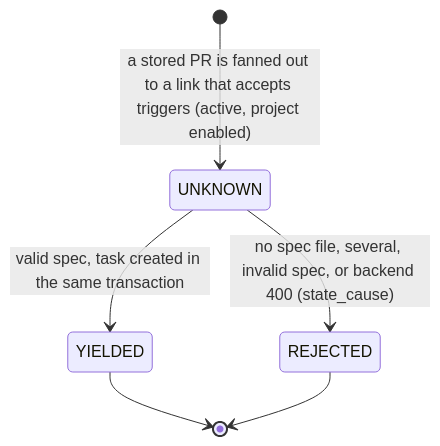
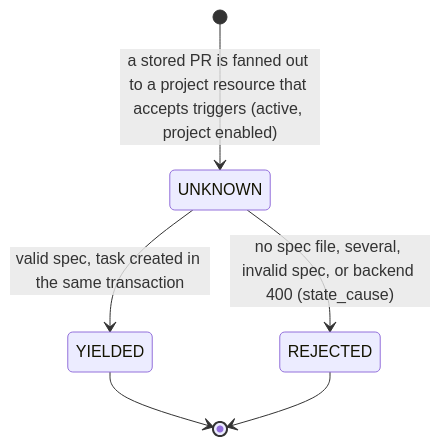
Before and after one commit to Aridhia-Open-Source/PHEMS_federated_node: the third of 5 diagrams in docs/architecture/entities.md, drawn with Mermaid. The commit also changed other lines of this file and 132 other files, not shown here.

````diff
--- a/docs/architecture/entities.md
+++ b/docs/architecture/entities.md
@@ -258,8 +258,8 @@
 ```mermaid
 stateDiagram-v2
-    [*] --> UNKNOWN : a stored PR is fanned out to a link that accepts triggers (active, project enabled)
+    [*] --> UNKNOWN : a stored PR is fanned out to a project resource that accepts triggers (active, project enabled)
     UNKNOWN --> YIELDED : valid spec, task created in the same transaction
     UNKNOWN --> REJECTED : no spec file, several, invalid spec, or backend 400 (state_cause)
     YIELDED --> [*]
     REJECTED --> [*]
 ```
````
